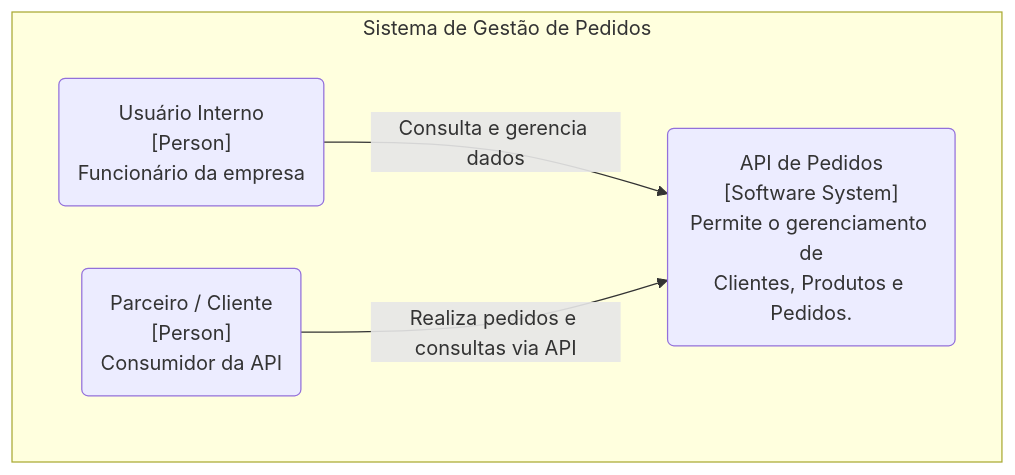
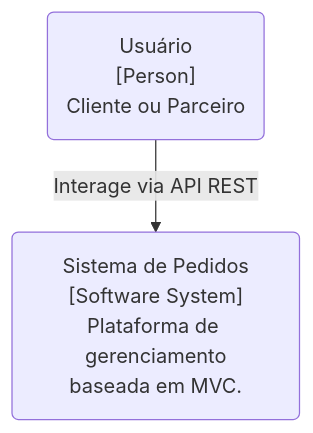
Before and after one commit to iagobrdev/orders-bootcamp: the first of 5 diagrams in DESENHO_ARQUITETURAL.md, drawn with Mermaid. The commit also changed other lines of this file, not shown here.

````diff
--- a/DESENHO_ARQUITETURAL.md
+++ b/DESENHO_ARQUITETURAL.md
@@ -162,14 +162,7 @@
 ```mermaid
 graph TD
-    subgraph "Sistema de Gestão de Pedidos"
-        direction LR
-        
-        person_intern_user("Usuário Interno<br/>[Person]<br/>Funcionário da empresa")
-        person_extern_user("Parceiro / Cliente<br/>[Person]<br/>Consumidor da API")
-        
-        system_orders("API de Pedidos<br/>[Software System]<br/>Permite o gerenciamento de<br/>Clientes, Produtos e Pedidos.")
-        
-        person_intern_user -- "Consulta e gerencia dados" --> system_orders
-        person_extern_user -- "Realiza pedidos e consultas via API" --> system_orders
-    end
+    person_user("Usuário<br/>[Person]<br/>Cliente ou Parceiro")
+    system_mvc("Sistema de Pedidos<br/>[Software System]<br/>Plataforma de gerenciamento<br/>baseada em MVC.")
+    
+    person_user -- "Interage via API REST" --> system_mvc
 ```
````
